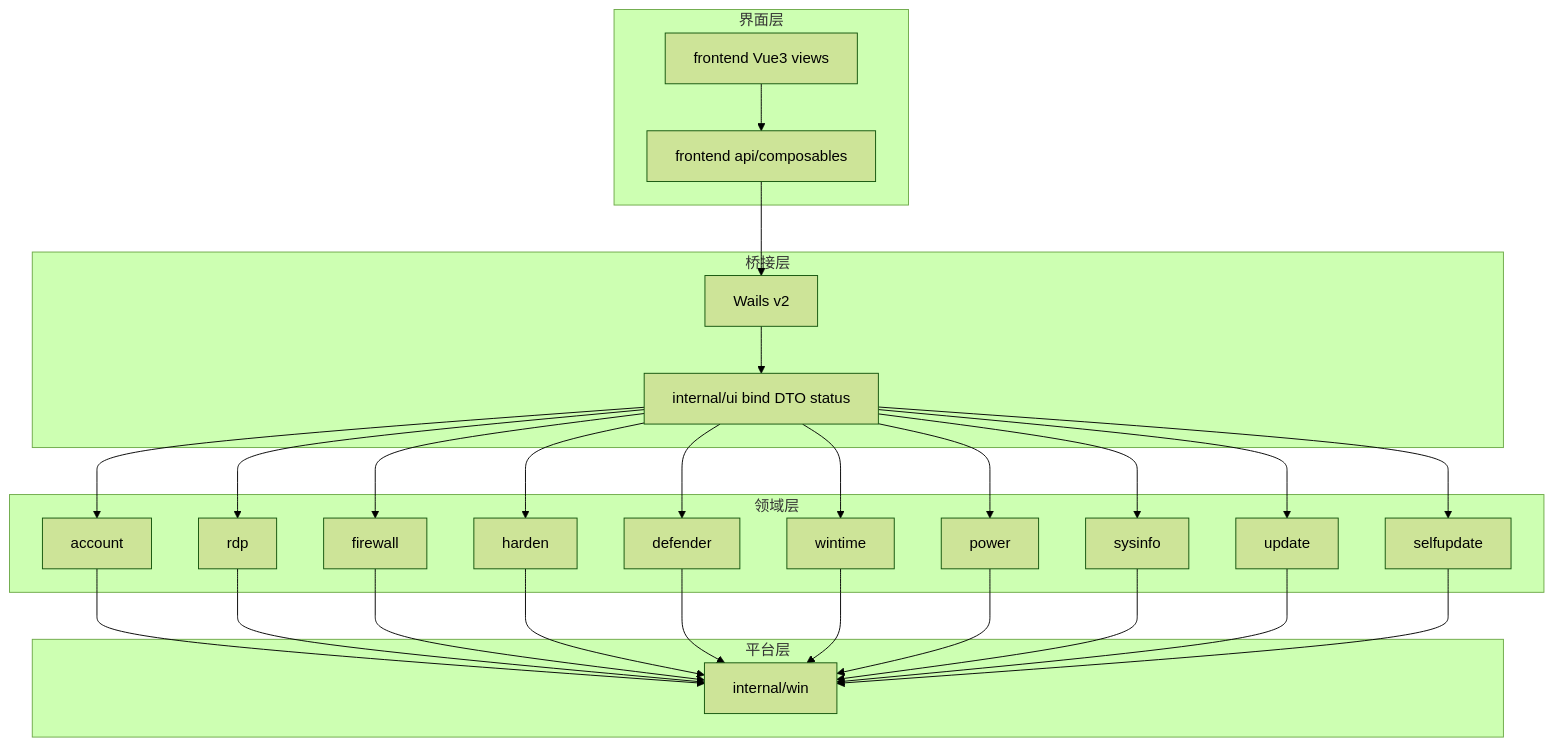
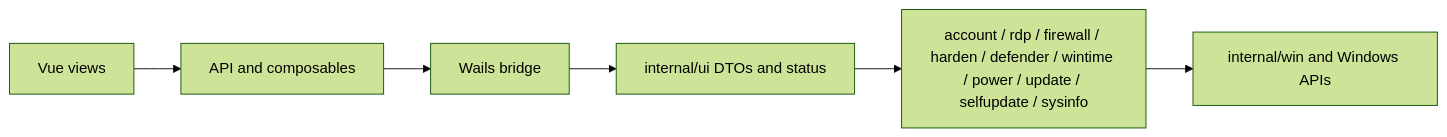
One commit to lucaswren/wintoolbox changed the diagram in README.md. Above: the diagram before and after it, drawn with Mermaid (forest theme). The commit also changed other lines of this file and 107 other files, not shown here.

````diff
--- a/README.md
+++ b/README.md
@@ -55,29 +67,8 @@
 ```mermaid
-flowchart TB
-  subgraph uiLayer [界面层]
-    Vue[frontend Vue3 views]
-    Api[frontend api/composables]
-  end
-  subgraph bridge [桥接层]
-    Bind[internal/ui bind DTO status]
-    Wails[Wails v2]
-  end
-  subgraph domain [领域层]
-    Acc[account]
-    Rdp[rdp]
-    Fw[firewall]
-    Hard[harden]
-    Def[defender]
-    Time[wintime]
-    Pwr[power]
-    Sys[sysinfo]
-    Wu[update]
-    Su[selfupdate]
-  end
-  subgraph platform [平台层]
-    Win[internal/win]
-  end
-  Vue --> Api --> Wails --> Bind
-  Bind --> Acc & Rdp & Fw & Hard & Def & Time & Pwr & Sys & Wu & Su
-  Acc & Rdp & Fw & Hard & Def & Time & Pwr & Sys & Wu & Su --> Win
+flowchart LR
+  Views[Vue views] --> API[API and composables]
+  API --> Wails[Wails bridge]
+  Wails --> UI[internal/ui DTOs and status]
+  UI --> Domain[account / rdp / firewall / harden / defender / wintime / power / update / selfupdate / sysinfo]
+  Domain --> Windows[internal/win and Windows APIs]
 ```
````
